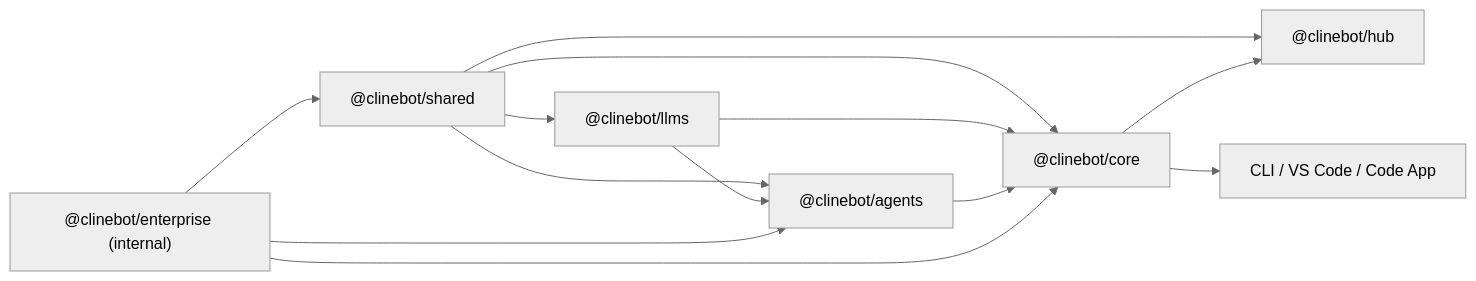
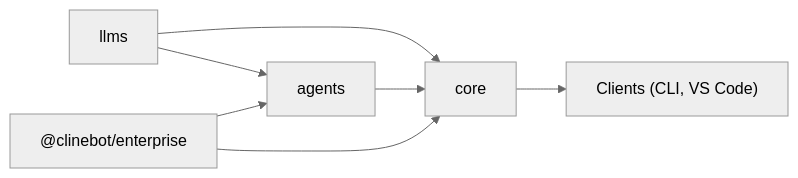
Before and after one commit to Dastan-Prince/cline-cn: the diagram in sdk/README.md, drawn with Mermaid (neutral theme). The commit also changed other lines of this file and 72 other files, not shown here.

First line of the commit message:
refactor: fold @clinebot/hub into @clinebot/core (#218)

````diff
--- a/sdk/README.md
+++ b/sdk/README.md
@@ -39,9 +38,7 @@
 ```mermaid
 flowchart LR
-  shared["@clinebot/shared"] --> llms["@clinebot/llms"] & agents["@clinebot/agents"] & core["@clinebot/core"] & hub["@clinebot/hub"]
   llms --> agents & core
   agents --> core
-  core --> hub
-  enterprise["@clinebot/enterprise (internal)"] --> agents & core & shared
-  core --> apps["CLI / VS Code / Code App"]
+  enterprise["@clinebot/enterprise"] --> agents & core
+  core --> apps["Clients (CLI, VS Code)"]
 ```
````
